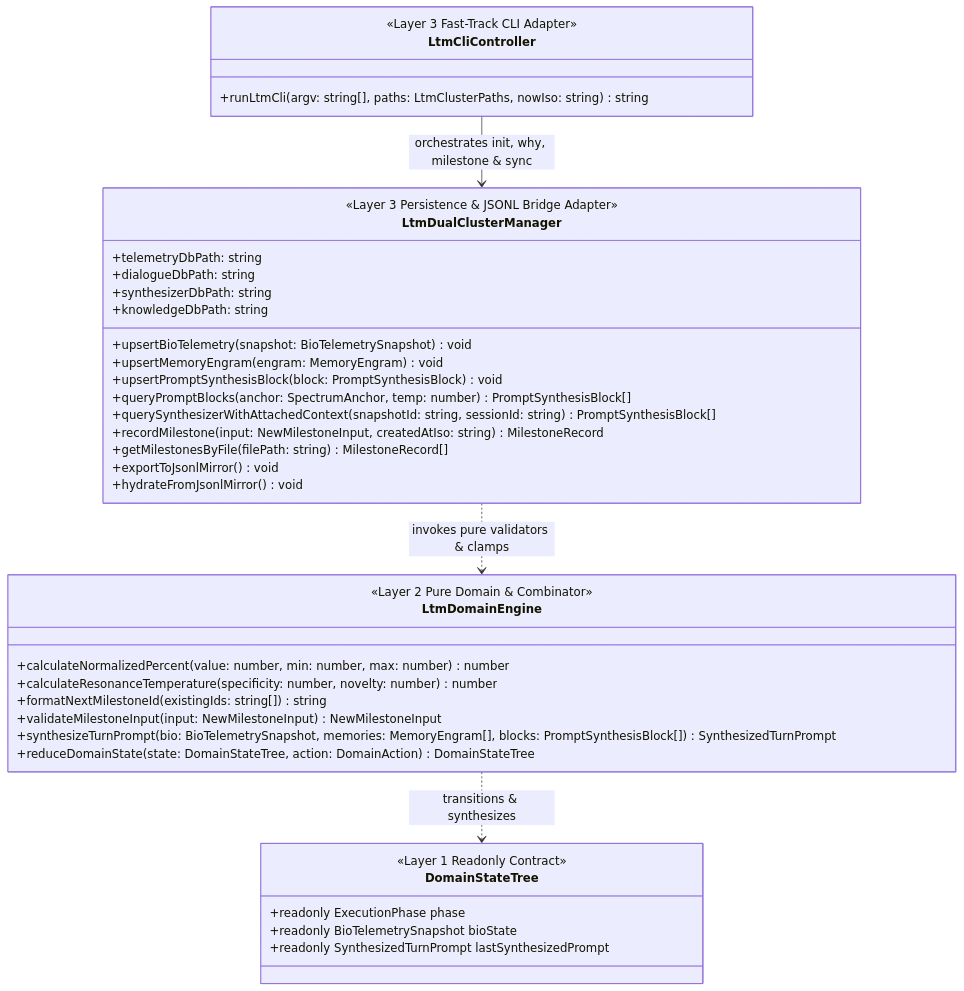
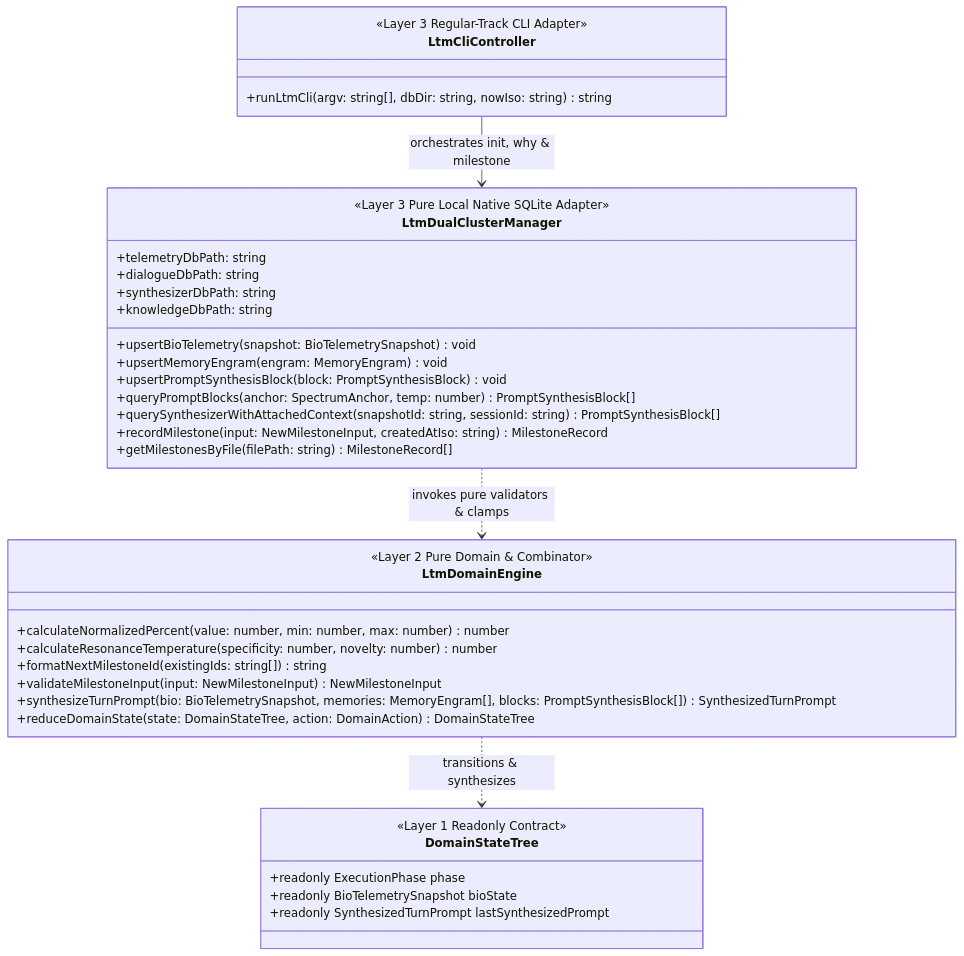
One commit to jinseobhong/eterna-luminas changed the second of 3 diagrams in docs/ARCHITECTURE.md. Above: the diagram before and after it, drawn with Mermaid. The commit also changed other lines of this file and 19 other files, not shown here.

Commit message:
feat(ltm): diet to pure local native SQLite & streamline regular-track skill

````diff
--- a/docs/ARCHITECTURE.md
+++ b/docs/ARCHITECTURE.md
@@ -81,45 +77,43 @@
 ```mermaid
 classDiagram
     class DomainStateTree {
         <<Layer 1 Readonly Contract>>
         +readonly ExecutionPhase phase
         +readonly BioTelemetrySnapshot bioState
         +readonly SynthesizedTurnPrompt lastSynthesizedPrompt
     }
 
     class LtmDomainEngine {
         <<Layer 2 Pure Domain & Combinator>>
         +calculateNormalizedPercent(value: number, min: number, max: number) number
         +calculateResonanceTemperature(specificity: number, novelty: number) number
         +formatNextMilestoneId(existingIds: string[]) string
         +validateMilestoneInput(input: NewMilestoneInput) NewMilestoneInput
         +synthesizeTurnPrompt(bio: BioTelemetrySnapshot, memories: MemoryEngram[], blocks: PromptSynthesisBlock[]) SynthesizedTurnPrompt
         +reduceDomainState(state: DomainStateTree, action: DomainAction) DomainStateTree
     }
 
     class LtmDualClusterManager {
-        <<Layer 3 Persistence & JSONL Bridge Adapter>>
+        <<Layer 3 Pure Local Native SQLite Adapter>>
         +telemetryDbPath: string
         +dialogueDbPath: string
         +synthesizerDbPath: string
         +knowledgeDbPath: string
         +upsertBioTelemetry(snapshot: BioTelemetrySnapshot) void
         +upsertMemoryEngram(engram: MemoryEngram) void
         +upsertPromptSynthesisBlock(block: PromptSynthesisBlock) void
         +queryPromptBlocks(anchor: SpectrumAnchor, temp: number) PromptSynthesisBlock[]
         +querySynthesizerWithAttachedContext(snapshotId: string, sessionId: string) PromptSynthesisBlock[]
         +recordMilestone(input: NewMilestoneInput, createdAtIso: string) MilestoneRecord
         +getMilestonesByFile(filePath: string) MilestoneRecord[]
-        +exportToJsonlMirror() void
-        +hydrateFromJsonlMirror() void
     }
 
     class LtmCliController {
-        <<Layer 3 Fast-Track CLI Adapter>>
-        +runLtmCli(argv: string[], paths: LtmClusterPaths, nowIso: string) string
+        <<Layer 3 Regular-Track CLI Adapter>>
+        +runLtmCli(argv: string[], dbDir: string, nowIso: string) string
     }
 
     LtmDomainEngine ..> DomainStateTree : transitions & synthesizes
     LtmDualClusterManager ..> LtmDomainEngine : invokes pure validators & clamps
-    LtmCliController --> LtmDualClusterManager : orchestrates init, why, milestone & sync
+    LtmCliController --> LtmDualClusterManager : orchestrates init, why & milestone
 ```
````
